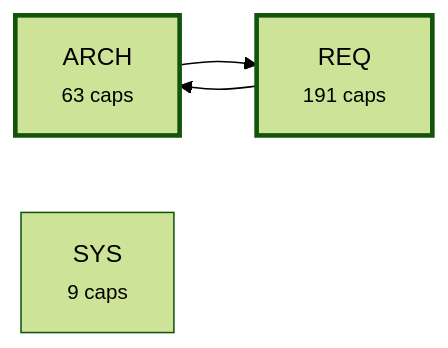
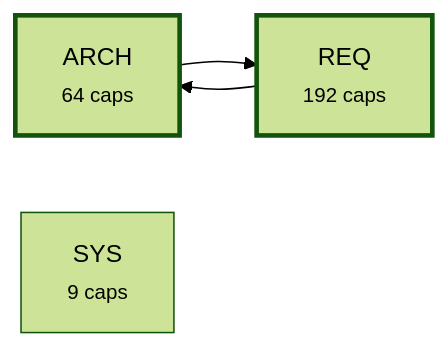
Before and after one commit to alxmax/Requirement-manager: the third of 4 diagrams in plugin/requirements/_map.md, drawn with Mermaid (forest theme). The commit also changed other lines of this file and 26 other files, not shown here.

````diff
--- a/plugin/requirements/_map.md
+++ b/plugin/requirements/_map.md
@@ -977,10 +986,10 @@
 ```mermaid
 graph LR
-  a_ARCH["ARCH<br><small>63 caps</small>"]
-  a_REQ["REQ<br><small>191 caps</small>"]
+  a_ARCH["ARCH<br><small>64 caps</small>"]
+  a_REQ["REQ<br><small>192 caps</small>"]
   a_SYS["SYS<br><small>9 caps</small>"]
   a_ARCH --> a_REQ
   a_REQ --> a_ARCH
   style a_ARCH stroke-width:3px
   style a_REQ stroke-width:3px
 ```
````
